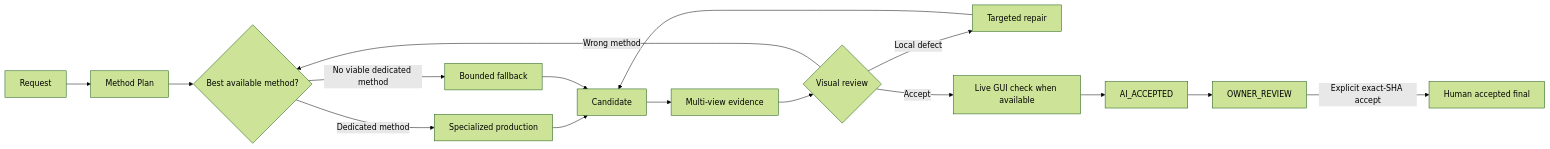
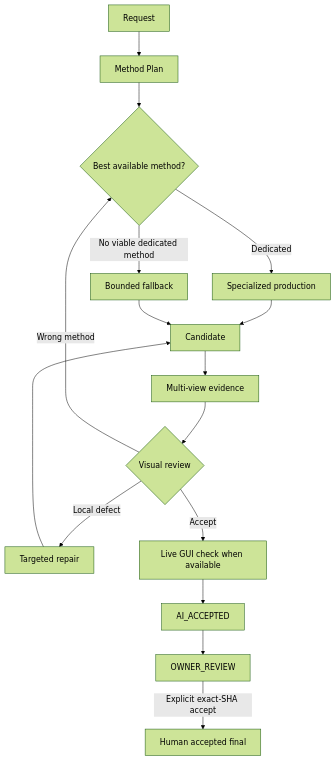
The diagram in README.md (Soph1yzzz/blendsmith), drawn with Mermaid (forest theme) before and after one commit. The commit also changed other lines of this file, not shown here.

Commit message:
docs: polish README for private review

````diff
--- a/README.md
+++ b/README.md
@@ -47,18 +46,18 @@
 ```mermaid
-flowchart LR
+flowchart TD
     A[Request] --> B[Method Plan]
     B --> C{Best available method?}
-    C -->|Dedicated method| D[Specialized production]
+    C -->|Dedicated| D[Specialized production]
     C -->|No viable dedicated method| E[Bounded fallback]
     D --> F[Candidate]
     E --> F
     F --> G[Multi-view evidence]
     G --> H{Visual review}
     H -->|Local defect| I[Targeted repair]
     I --> F
     H -->|Wrong method| C
     H -->|Accept| J[Live GUI check when available]
     J --> K[AI_ACCEPTED]
     K --> L[OWNER_REVIEW]
     L -->|Explicit exact-SHA accept| M[Human accepted final]
 ```
````
